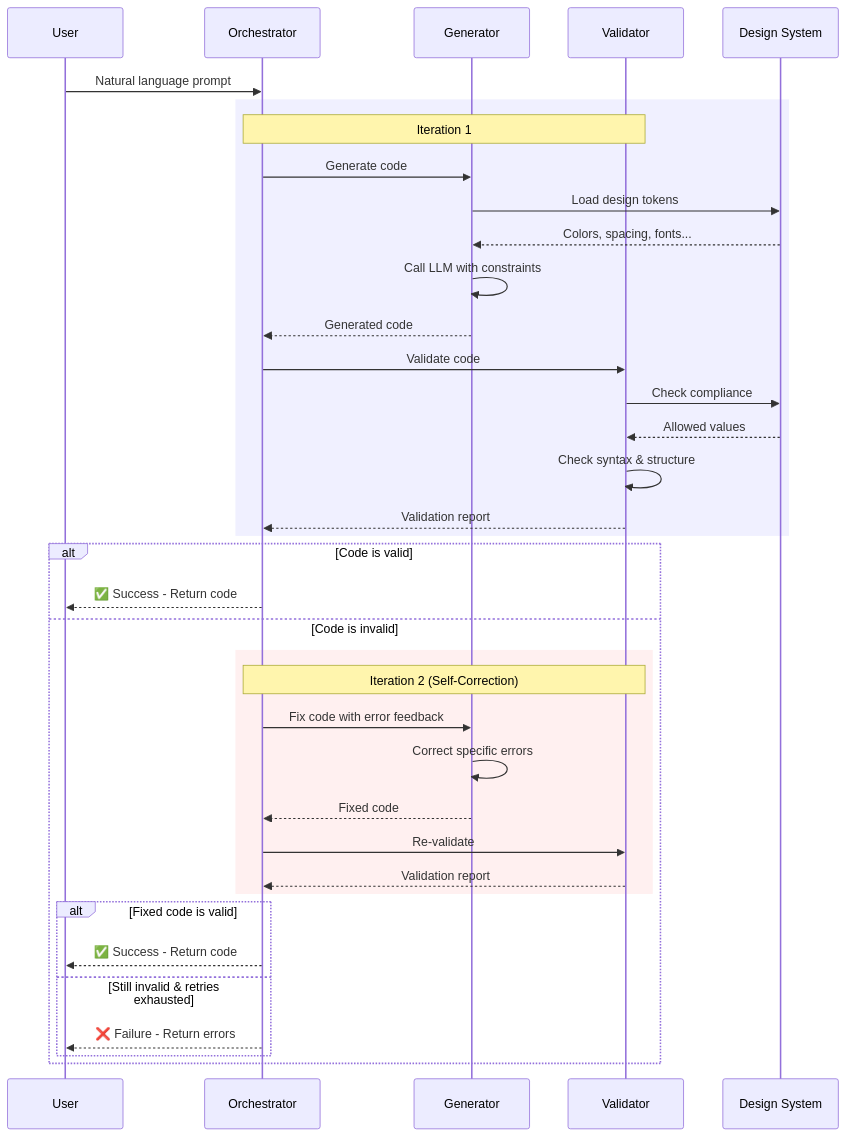
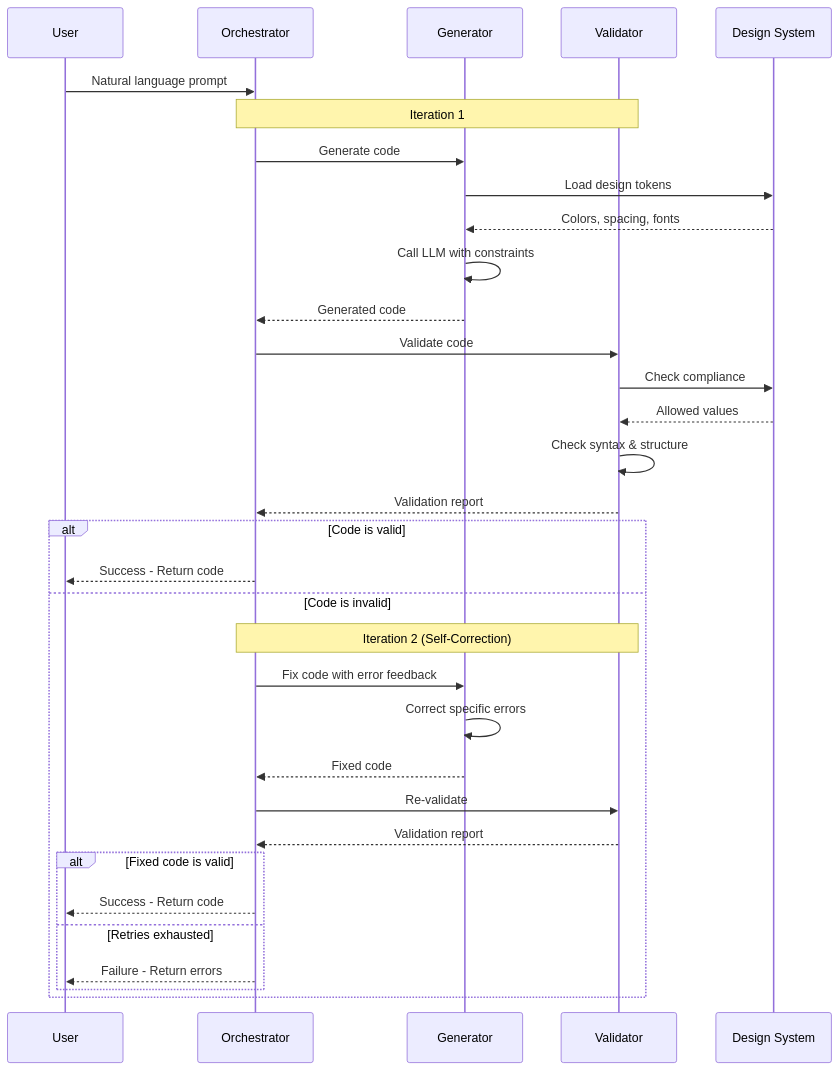
One commit to saikiranpulagalla/governed-angular-ui-generator changed the second of 4 diagrams in README.md. Above: the diagram before and after it, drawn with Mermaid.

````diff
--- a/README.md
+++ b/README.md
@@ -65,43 +64,39 @@
 ```mermaid
 sequenceDiagram
     participant U as User
     participant O as Orchestrator
     participant G as Generator
     participant V as Validator
     participant DS as Design System
 
     U->>O: Natural language prompt
-    
-    rect rgb(240, 240, 255)
-        Note over O,V: Iteration 1
-        O->>G: Generate code
-        G->>DS: Load design tokens
-        DS-->>G: Colors, spacing, fonts...
-        G->>G: Call LLM with constraints
-        G-->>O: Generated code
-        O->>V: Validate code
-        V->>DS: Check compliance
-        DS-->>V: Allowed values
-        V->>V: Check syntax & structure
+
+    Note over O,V: Iteration 1
+    O->>G: Generate code
+    G->>DS: Load design tokens
+    DS-->>G: Colors, spacing, fonts
+    G->>G: Call LLM with constraints
+    G-->>O: Generated code
+    O->>V: Validate code
+    V->>DS: Check compliance
+    DS-->>V: Allowed values
+    V->>V: Check syntax & structure
+    V-->>O: Validation report
+
+    alt Code is valid
+        O-->>U: Success - Return code
+    else Code is invalid
+        Note over O,V: Iteration 2 (Self-Correction)
+        O->>G: Fix code with error feedback
+        G->>G: Correct specific errors
+        G-->>O: Fixed code
+        O->>V: Re-validate
         V-->>O: Validation report
-    end
-    
-    alt Code is valid
-        O-->>U: ✅ Success - Return code
-    else Code is invalid
-        rect rgb(255, 240, 240)
-            Note over O,V: Iteration 2 (Self-Correction)
-            O->>G: Fix code with error feedback
-            G->>G: Correct specific errors
-            G-->>O: Fixed code
-            O->>V: Re-validate
-            V-->>O: Validation report
-        end
-        
+
         alt Fixed code is valid
-            O-->>U: ✅ Success - Return code
-        else Still invalid & retries exhausted
-            O-->>U: ❌ Failure - Return errors
+            O-->>U: Success - Return code
+        else Retries exhausted
+            O-->>U: Failure - Return errors
         end
     end
 ```
````
